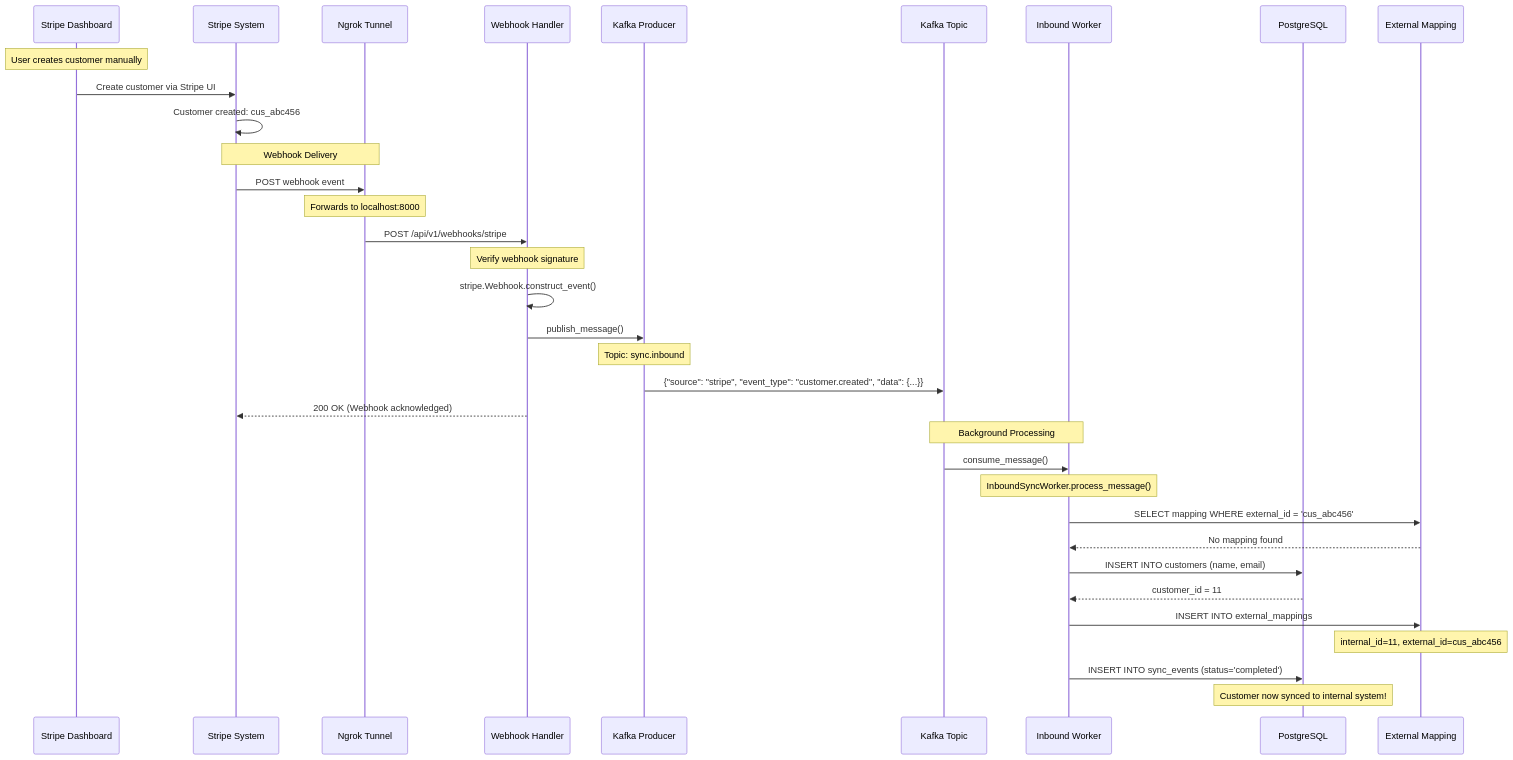
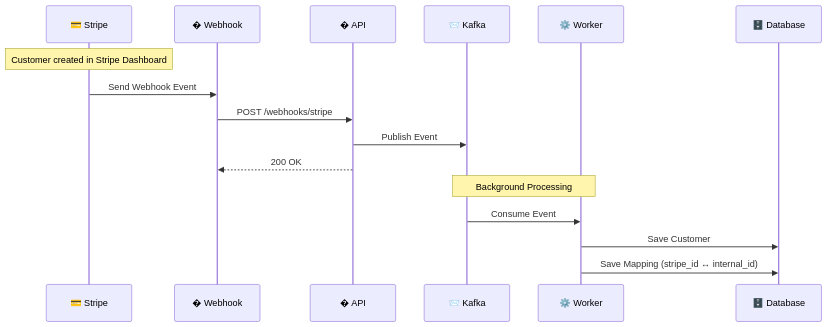
Before and after one commit to Shashankpantiitbhilai/SyncFlow: the fifth of 6 diagrams in README.md, drawn with Mermaid. The commit also changed other lines of this file, not shown here.

````diff
--- a/README.md
+++ b/README.md
@@ -384,47 +352,22 @@
 ```mermaid
 sequenceDiagram
-    participant SD as Stripe Dashboard
-    participant S as Stripe System
-    participant N as Ngrok Tunnel
-    participant WH as Webhook Handler
-    participant KC as Kafka Producer
-    participant KT as Kafka Topic
-    participant IW as Inbound Worker
-    participant DB as PostgreSQL
-    participant EM as External Mapping
+    participant Stripe as 💳 Stripe
+    participant Webhook as � Webhook
+    participant API as � API
+    participant Kafka as 📨 Kafka
+    participant Worker as ⚙️ Worker
+    participant DB as 🗄️ Database
 
-    Note over SD: User creates customer manually
-    SD->>S: Create customer via Stripe UI
-    S->>S: Customer created: cus_abc456
+    Note over Stripe: Customer created in Stripe Dashboard
     
-    Note over S,N: Webhook Delivery
-    S->>N: POST webhook event
-    Note over N: Forwards to localhost:8000
-    N->>WH: POST /api/v1/webhooks/stripe
+    Stripe->>Webhook: Send Webhook Event
+    Webhook->>API: POST /webhooks/stripe
+    API->>Kafka: Publish Event
+    API-->>Webhook: 200 OK
     
-    Note over WH: Verify webhook signature
-    WH->>WH: stripe.Webhook.construct_event()
+    Note over Kafka,Worker: Background Processing
     
-    WH->>KC: publish_message()
-    Note over KC: Topic: sync.inbound
-    KC->>KT: {"source": "stripe", "event_type": "customer.created", "data": {...}}
-    
-    WH-->>S: 200 OK (Webhook acknowledged)
-    
-    Note over KT,IW: Background Processing
-    KT->>IW: consume_message()
-    Note over IW: InboundSyncWorker.process_message()
-    
-    IW->>EM: SELECT mapping WHERE external_id = 'cus_abc456'
-    EM-->>IW: No mapping found
-    
-    IW->>DB: INSERT INTO customers (name, email)
-    DB-->>IW: customer_id = 11
-    
-    IW->>EM: INSERT INTO external_mappings
-    Note over EM: internal_id=11, external_id=cus_abc456
-    
-    IW->>DB: INSERT INTO sync_events (status='completed')
-    
-    Note over DB: Customer now synced to internal system!
+    Kafka->>Worker: Consume Event
+    Worker->>DB: Save Customer
+    Worker->>DB: Save Mapping (stripe_id ↔ internal_id)
 ```
````
